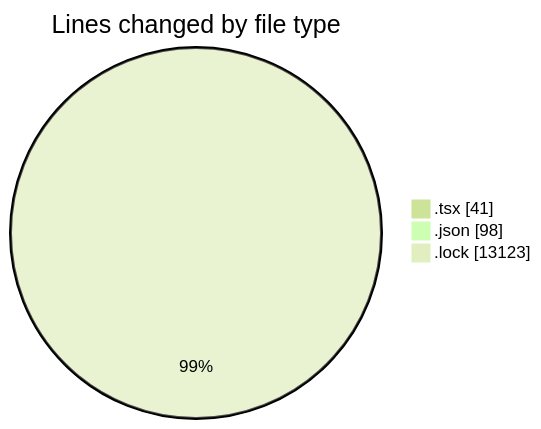
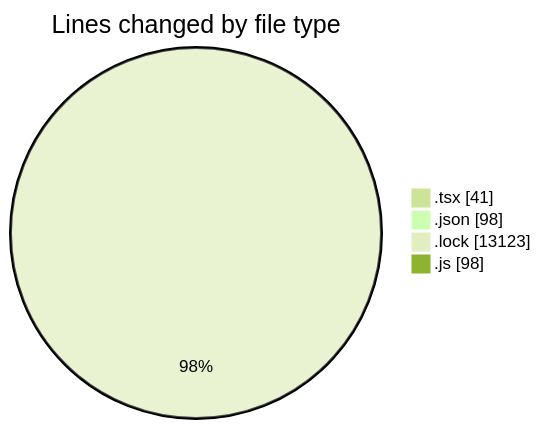
The first of 2 diagrams in 2025-09-03/cda/README.md (momahboobian/code-tracking), drawn with Mermaid (forest theme) before and after one commit. The commit also changed other lines of this file and 1 other file, not shown here.

````diff
--- a/2025-09-03/cda/README.md
+++ b/2025-09-03/cda/README.md
@@ -26,7 +27,8 @@
 ```mermaid
 pie showData
 title Lines changed by file type
 ".tsx" : 41
 ".json" : 98
 ".lock" : 13123
+".js" : 98
 ```
````
